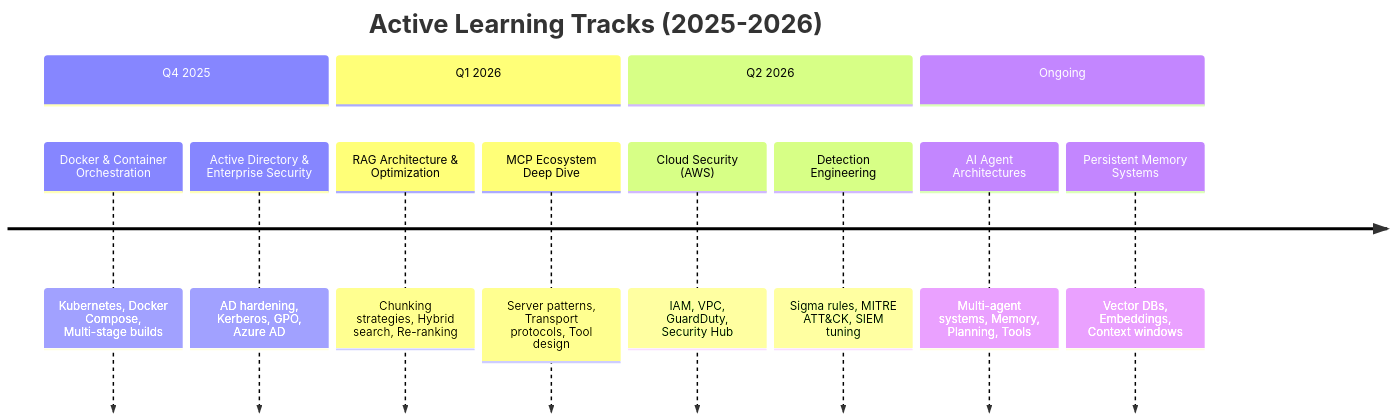
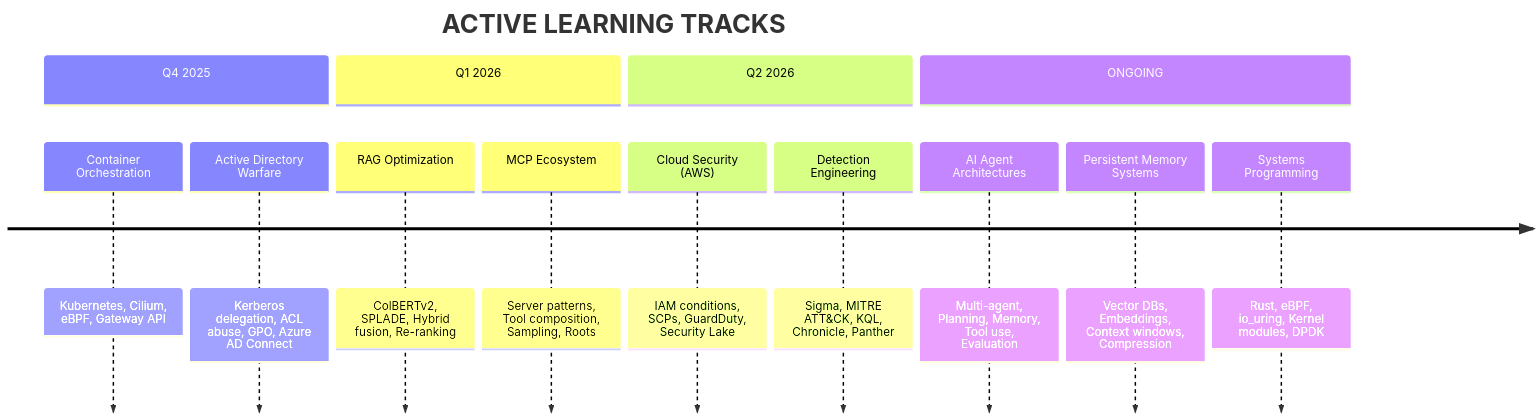
One commit to Xat01/Xat01 changed the second of 2 diagrams in README.md. Above: the diagram before and after it, drawn with Mermaid. The commit also changed other lines of this file, not shown here.

````diff
--- a/README.md
+++ b/README.md
@@ -225,16 +366,17 @@
 ```mermaid
 timeline
-    title Active Learning Tracks (2025-2026)
+    title ACTIVE LEARNING TRACKS
     section Q4 2025
-        Docker & Container Orchestration    : Kubernetes, Docker Compose, Multi-stage builds
-        Active Directory & Enterprise Security : AD hardening, Kerberos, GPO, Azure AD
+        Container Orchestration      : Kubernetes, Cilium, eBPF, Gateway API
+        Active Directory Warfare     : Kerberos delegation, ACL abuse, GPO, Azure AD Connect
     section Q1 2026
-        RAG Architecture & Optimization     : Chunking strategies, Hybrid search, Re-ranking
-        MCP Ecosystem Deep Dive             : Server patterns, Transport protocols, Tool design
+        RAG Optimization             : ColBERTv2, SPLADE, Hybrid fusion, Re-ranking
+        MCP Ecosystem                : Server patterns, Tool composition, Sampling, Roots
     section Q2 2026
-        Cloud Security (AWS)                : IAM, VPC, GuardDuty, Security Hub
-        Detection Engineering               : Sigma rules, MITRE ATT&CK, SIEM tuning
-    section Ongoing
-        AI Agent Architectures              : Multi-agent systems, Memory, Planning, Tools
-        Persistent Memory Systems           : Vector DBs, Embeddings, Context windows
+        Cloud Security (AWS)         : IAM conditions, SCPs, GuardDuty, Security Lake
+        Detection Engineering        : Sigma, MITRE ATT&CK, KQL, Chronicle, Panther
+    section ONGOING
+        AI Agent Architectures       : Multi-agent, Planning, Memory, Tool use, Evaluation
+        Persistent Memory Systems    : Vector DBs, Embeddings, Context windows, Compression
+        Systems Programming          : Rust, eBPF, io_uring, Kernel modules, DPDK
 ```
````
